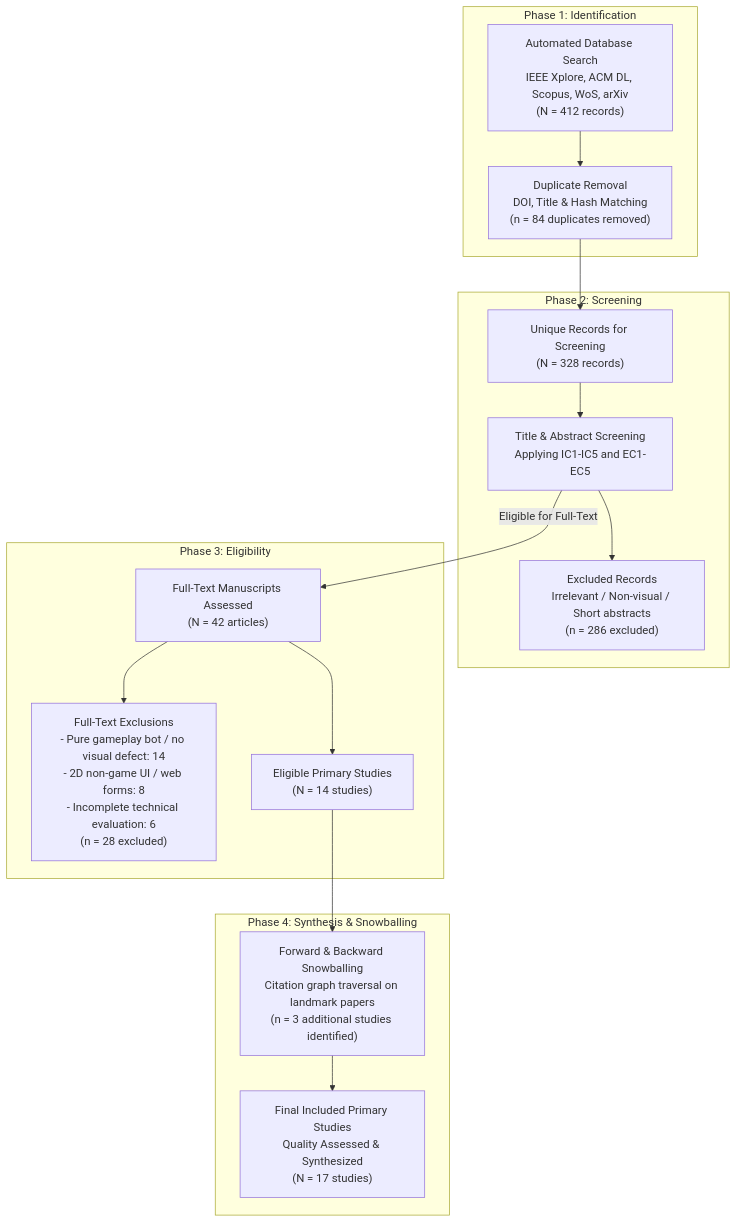
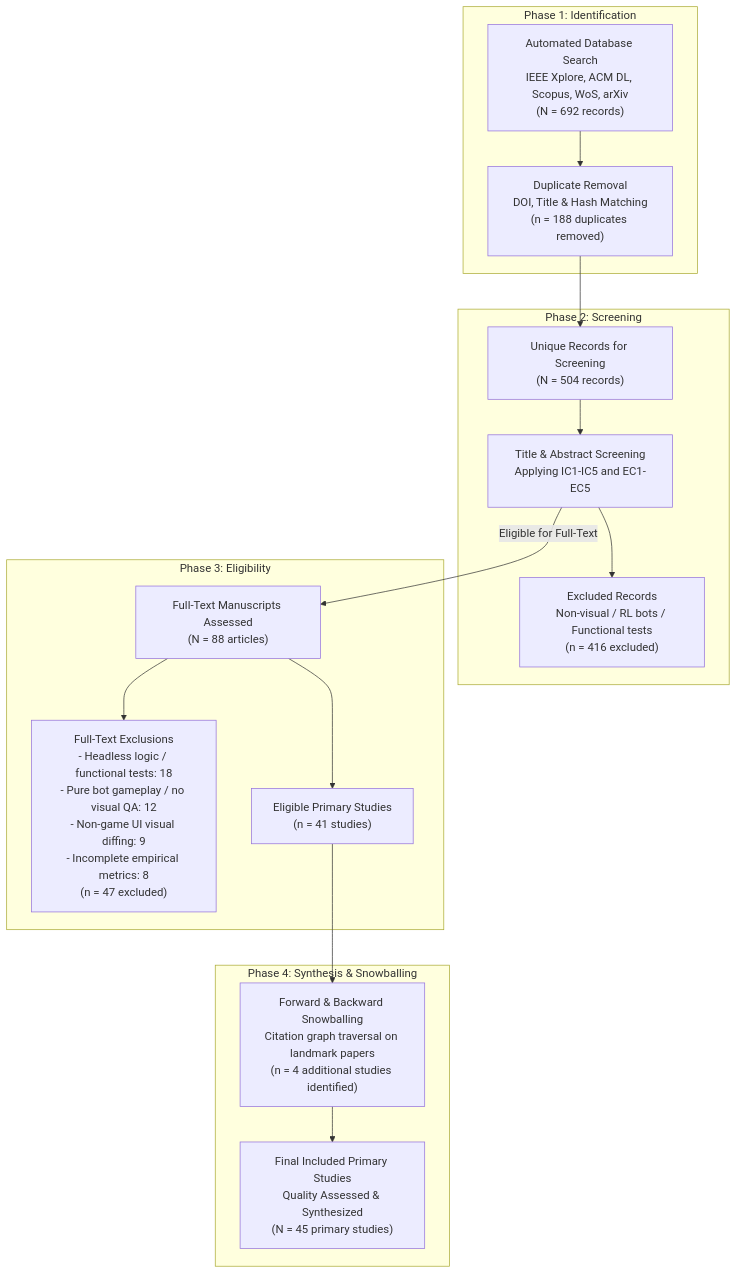
The diagram in manuscript/sections/02_methodology.md (minhphuc477/game-visual-bug-detection), drawn with Mermaid before and after one commit. The commit also changed other lines of this file and 21 other files, not shown here.

Commit message:
feat(manuscript): integrate 45-study evidence synthesis, PRISMA-S flow, publication figures, and compiled 16-page LaTeX PDF package

````diff
--- a/manuscript/sections/02_methodology.md
+++ b/manuscript/sections/02_methodology.md
@@ -8,33 +10,33 @@
 ```mermaid
 flowchart TD
     subgraph Phase1 ["Phase 1: Identification"]
-        P1A["Automated Database Search<br/>IEEE Xplore, ACM DL, Scopus, WoS, arXiv<br/>(N = 412 records)"]
-        P1B["Duplicate Removal<br/>DOI, Title & Hash Matching<br/>(n = 84 duplicates removed)"]
+        P1A["Automated Database Search<br/>IEEE Xplore, ACM DL, Scopus, WoS, arXiv<br/>(N = 692 records)"]
+        P1B["Duplicate Removal<br/>DOI, Title & Hash Matching<br/>(n = 188 duplicates removed)"]
         P1A --> P1B
     end
 
     subgraph Phase2 ["Phase 2: Screening"]
-        P2A["Unique Records for Screening<br/>(N = 328 records)"]
+        P2A["Unique Records for Screening<br/>(N = 504 records)"]
         P2B["Title & Abstract Screening<br/>Applying IC1-IC5 and EC1-EC5"]
-        P2C["Excluded Records<br/>Irrelevant / Non-visual / Short abstracts<br/>(n = 286 excluded)"]
+        P2C["Excluded Records<br/>Non-visual / RL bots / Functional tests<br/>(n = 416 excluded)"]
         P1B --> P2A
         P2A --> P2B
         P2B --> P2C
     end
 
     subgraph Phase3 ["Phase 3: Eligibility"]
-        P3A["Full-Text Manuscripts Assessed<br/>(N = 42 articles)"]
-        P3B["Full-Text Exclusions<br/>- Pure gameplay bot / no visual defect: 14<br/>- 2D non-game UI / web forms: 8<br/>- Incomplete technical evaluation: 6<br/>(n = 28 excluded)"]
-        P3C["Eligible Primary Studies<br/>(N = 14 studies)"]
+        P3A["Full-Text Manuscripts Assessed<br/>(N = 88 articles)"]
+        P3B["Full-Text Exclusions<br/>- Headless logic / functional tests: 18<br/>- Pure bot gameplay / no visual QA: 12<br/>- Non-game UI visual diffing: 9<br/>- Incomplete empirical metrics: 8<br/>(n = 47 excluded)"]
+        P3C["Eligible Primary Studies<br/>(n = 41 studies)"]
         P2B -->|Eligible for Full-Text| P3A
         P3A --> P3B
         P3A --> P3C
     end
 
     subgraph Phase4 ["Phase 4: Synthesis & Snowballing"]
-        P4A["Forward & Backward Snowballing<br/>Citation graph traversal on landmark papers<br/>(n = 3 additional studies identified)"]
-        P4B["Final Included Primary Studies<br/>Quality Assessed & Synthesized<br/>(N = 17 studies)"]
+        P4A["Forward & Backward Snowballing<br/>Citation graph traversal on landmark papers<br/>(n = 4 additional studies identified)"]
+        P4B["Final Included Primary Studies<br/>Quality Assessed & Synthesized<br/>(N = 45 primary studies)"]
         P3C --> P4A
         P4A --> P4B
     end
 ```
````
